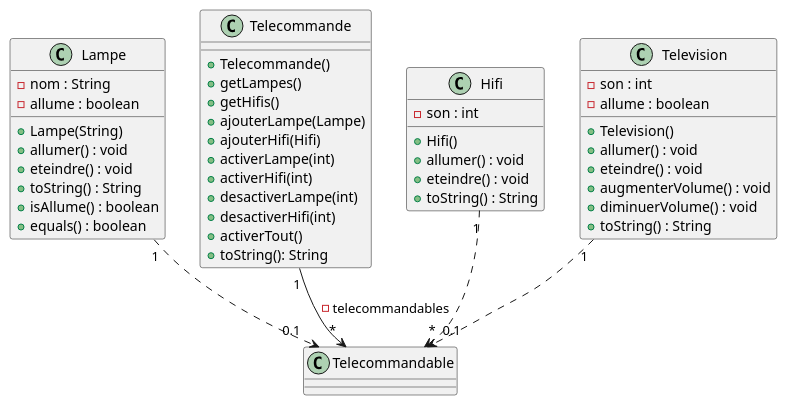
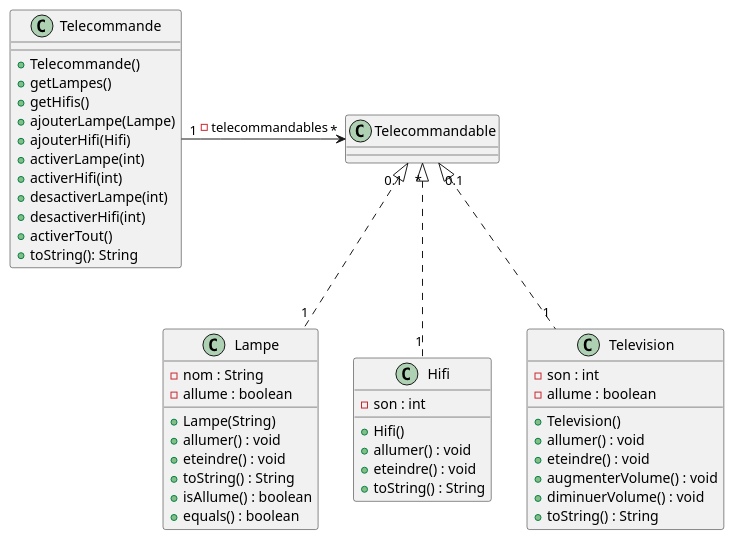
The diagram in domotique/domotique.puml (alannMonnier/2023_domotique_monnierb2u_segard6u), drawn with PlantUML before and after one commit.

Commit message:
modif UML

```diff
--- a/domotique/domotique.puml
+++ b/domotique/domotique.puml
@@ -1,52 +1,52 @@
 @startuml
 '''classes
 class Lampe{
 -nom : String
 -allume : boolean
 +Lampe(String)
 +allumer() : void
 +eteindre() : void
 +toString() : String
 +isAllume() : boolean
 +equals() : boolean
 }
 
 class Telecommande{
 + Telecommande()
 + getLampes()
 + getHifis()
 + ajouterLampe(Lampe)
 + ajouterHifi(Hifi)
 + activerLampe(int)
 + activerHifi(int)
 + desactiverLampe(int)
 + desactiverHifi(int)
 + activerTout()
 + toString(): String
 }
 
 class Hifi{
 -son : int
 +Hifi()
 +allumer() : void
 +eteindre() : void
 +toString() : String
 }
 
 class Television{
 -son : int
 -allume : boolean
 +Television()
 +allumer() : void
 +eteindre() : void
 +augmenterVolume() : void
 +diminuerVolume() : void
 +toString() : String
 }
 
 '''relations
-Telecommande "1" --> "*"Telecommandable: -telecommandables
-Hifi "1" ..> "*"Telecommandable
-Television "1"..> "0.1"Telecommandable
-Lampe "1"..> "0.1"Telecommandable
+Telecommande "1" -> "*"Telecommandable: -telecommandables
+Hifi "1" .up.|> "*"Telecommandable
+Television "1".up.|> "0.1"Telecommandable
+Lampe "1".up.|> "0.1"Telecommandable
 @enduml
```
